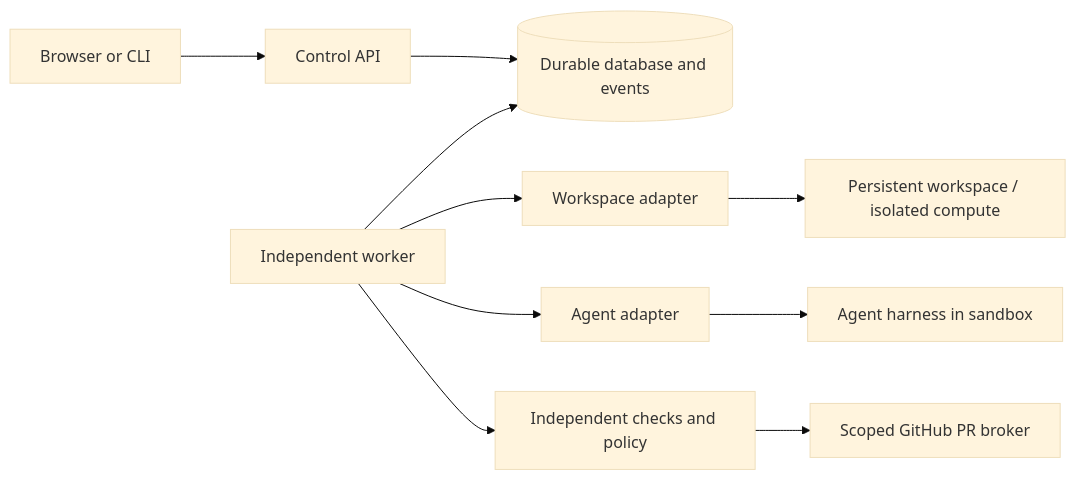
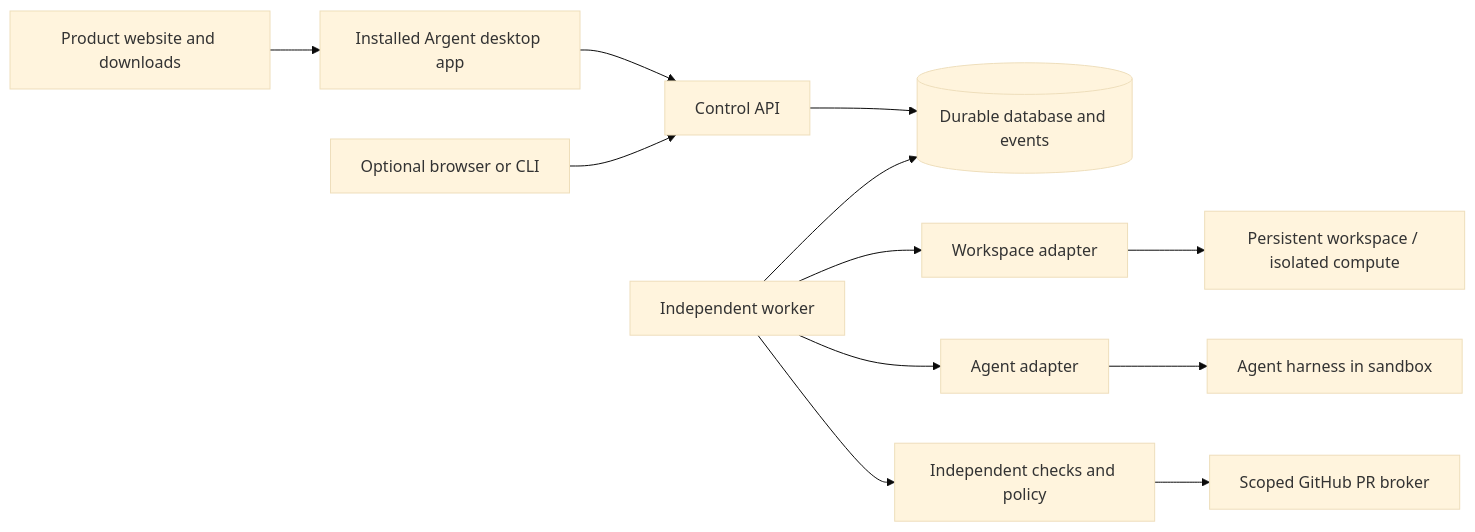
The first of 2 diagrams in ARCHITECTURE.md (GregPat22/argent), drawn with Mermaid (base theme) before and after one commit. The commit also changed other lines of this file and 10 other files, not shown here.

````diff
--- a/ARCHITECTURE.md
+++ b/ARCHITECTURE.md
@@ -12,12 +14,14 @@
 ```mermaid
 flowchart LR
-  Client[Browser or CLI] --> API[Control API]
+  Website[Product website and downloads] --> Desktop[Installed Argent desktop app]
+  Desktop --> API[Control API]
+  Client[Optional browser or CLI] --> API
   API --> DB[(Durable database and events)]
   Worker[Independent worker] --> DB
   Worker --> WP[Workspace adapter]
   Worker --> Agent[Agent adapter]
   WP --> Sandbox[Persistent workspace / isolated compute]
   Agent --> Runner[Agent harness in sandbox]
   Worker --> Verify[Independent checks and policy]
   Verify --> GH[Scoped GitHub PR broker]
 ```
````
